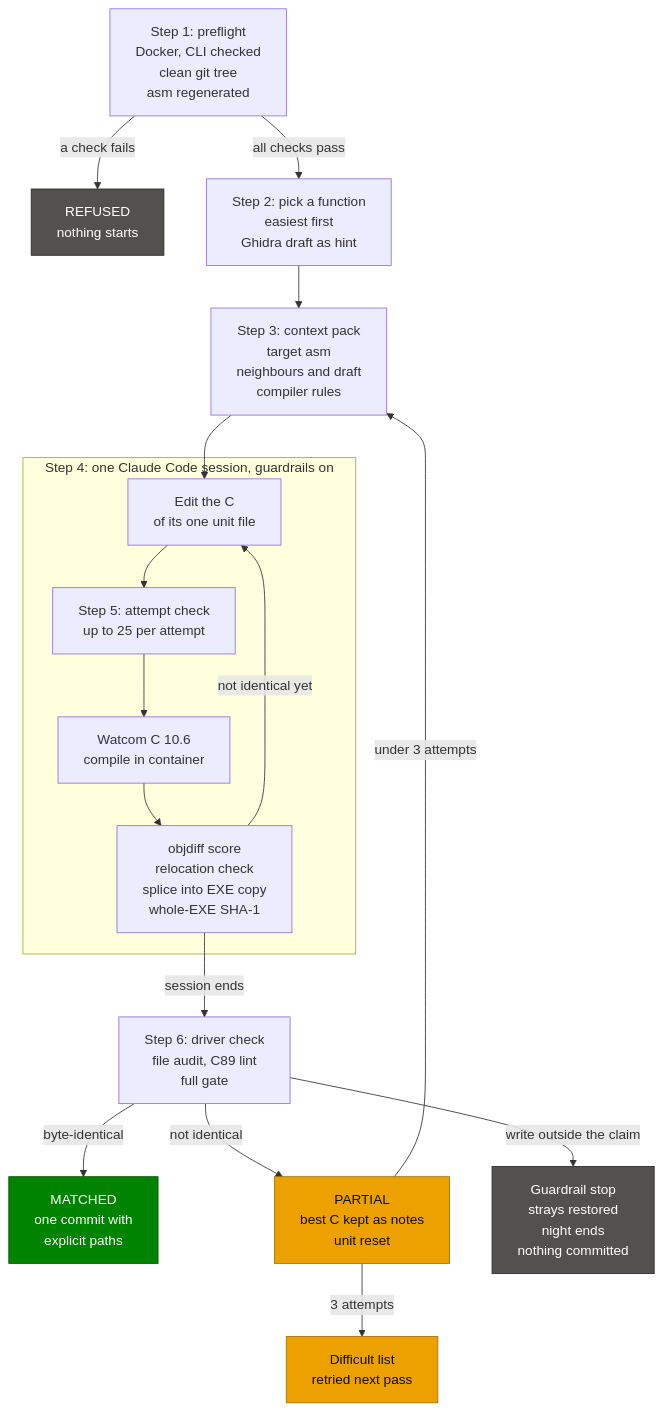
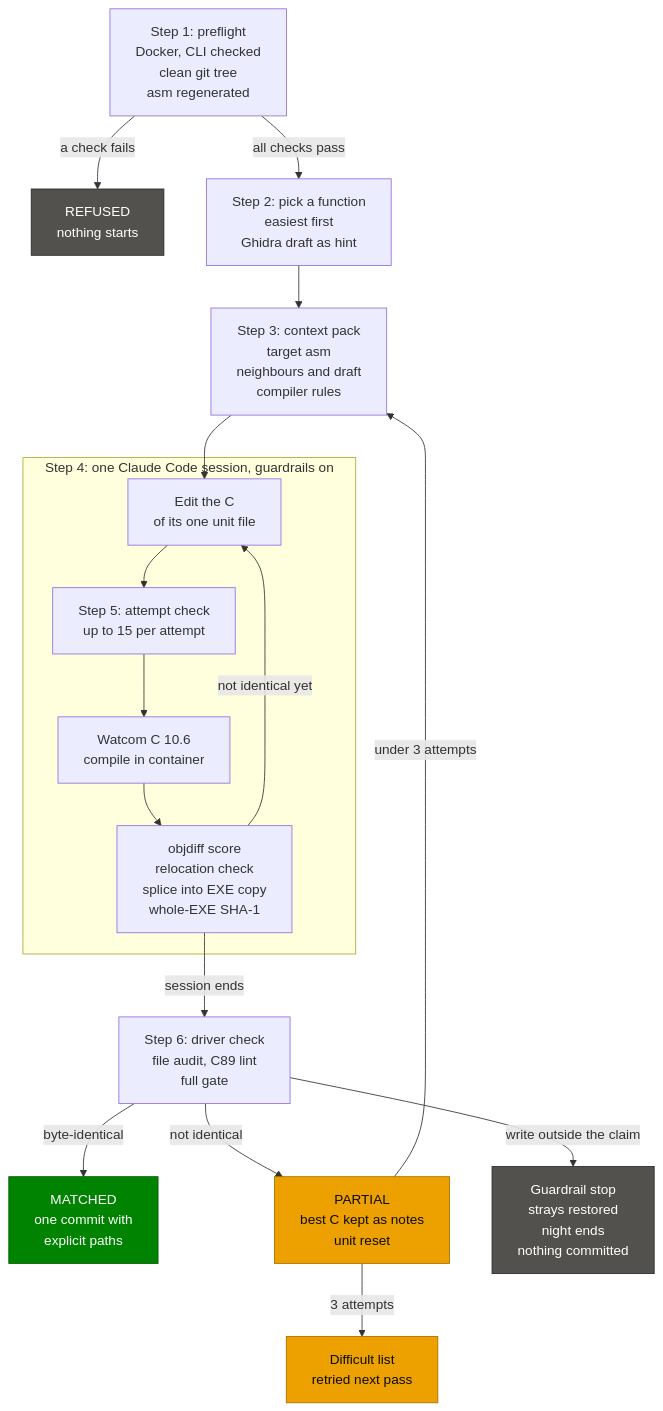
Before and after one commit to ayrtondenner/ReverseApoc: the diagram in docs/workflow.md, drawn with Mermaid. The commit also changed 1 other file, not shown here.

Commit message:
docs: rewrite-axis rows ran 97.29% to 99.85%; the workflow chart says 15 checks

````diff
--- a/docs/workflow.md
+++ b/docs/workflow.md
@@ -15,26 +15,26 @@
 ```mermaid
 %%{init: {"flowchart": {"wrappingWidth": 260}}}%%
 flowchart TD
     A["Step 1: preflight<br/>Docker, CLI checked<br/>clean git tree<br/>asm regenerated"] -->|a check fails| R["REFUSED<br/>nothing starts"]
     A -->|all checks pass| B["Step 2: pick a function<br/>easiest first<br/>Ghidra draft as hint"]
     B --> C["Step 3: context pack<br/>target asm<br/>neighbours and draft<br/>compiler rules"]
     C --> D
     subgraph S["Step 4: one Claude Code session, guardrails on"]
-        D["Edit the C<br/>of its one unit file"] --> E["Step 5: attempt check<br/>up to 25 per attempt"]
+        D["Edit the C<br/>of its one unit file"] --> E["Step 5: attempt check<br/>up to 15 per attempt"]
         E --> F["Watcom C 10.6<br/>compile in container"]
         F --> G["objdiff score<br/>relocation check<br/>splice into EXE copy<br/>whole-EXE SHA-1"]
         G -->|not identical yet| D
     end
     G -->|session ends| H["Step 6: driver check<br/>file audit, C89 lint<br/>full gate"]
     H -->|byte-identical| M["MATCHED<br/>one commit with<br/>explicit paths"]
     H -->|not identical| P["PARTIAL<br/>best C kept as notes<br/>unit reset"]
     H -->|write outside the claim| X["Guardrail stop<br/>strays restored<br/>night ends<br/>nothing committed"]
     P -->|under 3 attempts| C
     P -->|3 attempts| L["Difficult list<br/>retried next pass"]
     classDef matched fill:#008300,stroke:#005a00,color:#ffffff
     classDef partial fill:#eda100,stroke:#a86f00,color:#0b0b0b
     classDef stop fill:#52514e,stroke:#2b2a28,color:#ffffff
     class M matched
     class P,L partial
     class R,X stop
 ```
````
